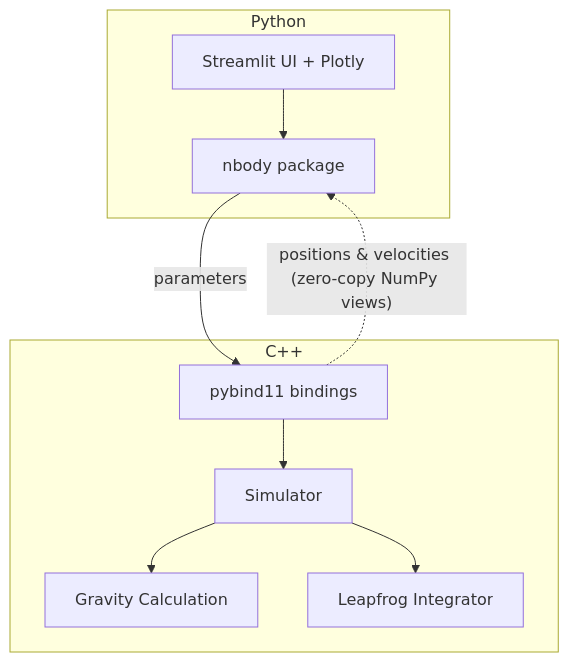
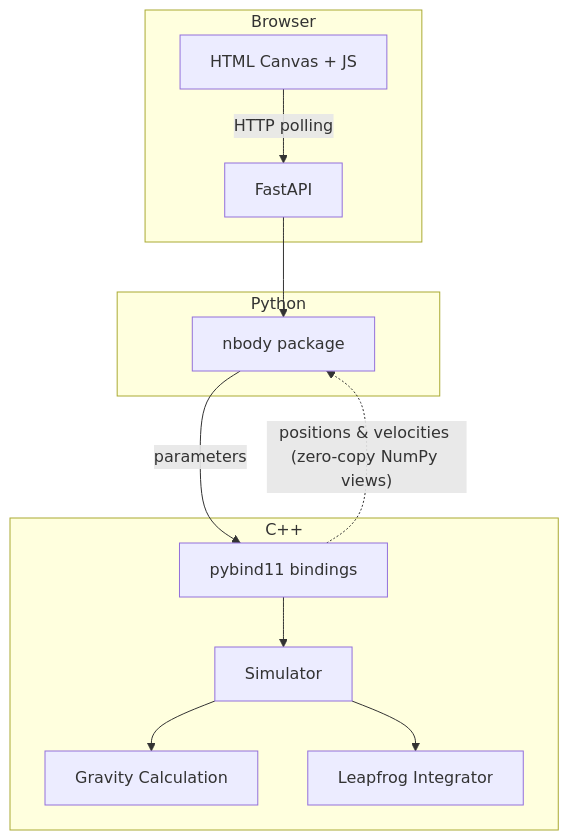
The diagram in README.md (denniszubov/n-body-gravity-simulation), drawn with Mermaid before and after one commit. The commit also changed other lines of this file, not shown here.

````diff
--- a/README.md
+++ b/README.md
@@ -24,13 +26,16 @@
 ```mermaid
 flowchart TD
+    subgraph Browser
+        A[HTML Canvas + JS] -->|HTTP polling| B[FastAPI]
+    end
     subgraph Python
-        A[Streamlit UI + Plotly] --> B[nbody package]
+        B --> C[nbody package]
     end
     subgraph C++
-        C[pybind11 bindings] --> D[Simulator]
-        D --> E[Gravity Calculation]
-        D --> F[Leapfrog Integrator]
+        D[pybind11 bindings] --> E[Simulator]
+        E --> F[Gravity Calculation]
+        E --> G[Leapfrog Integrator]
     end
-    B -- parameters --> C
-    C -. "positions & velocities (zero-copy NumPy views)" .-> B
+    C -- parameters --> D
+    D -. "positions & velocities (zero-copy NumPy views)" .-> C
 ```
````
